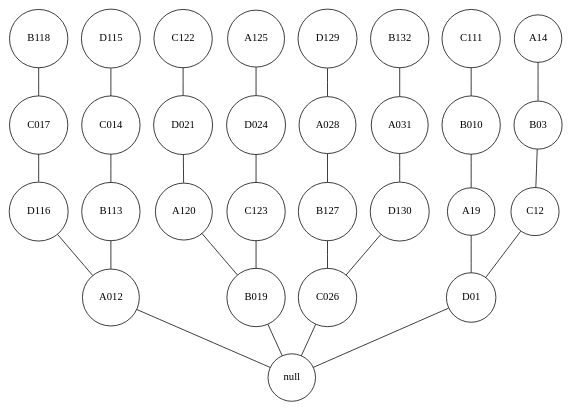
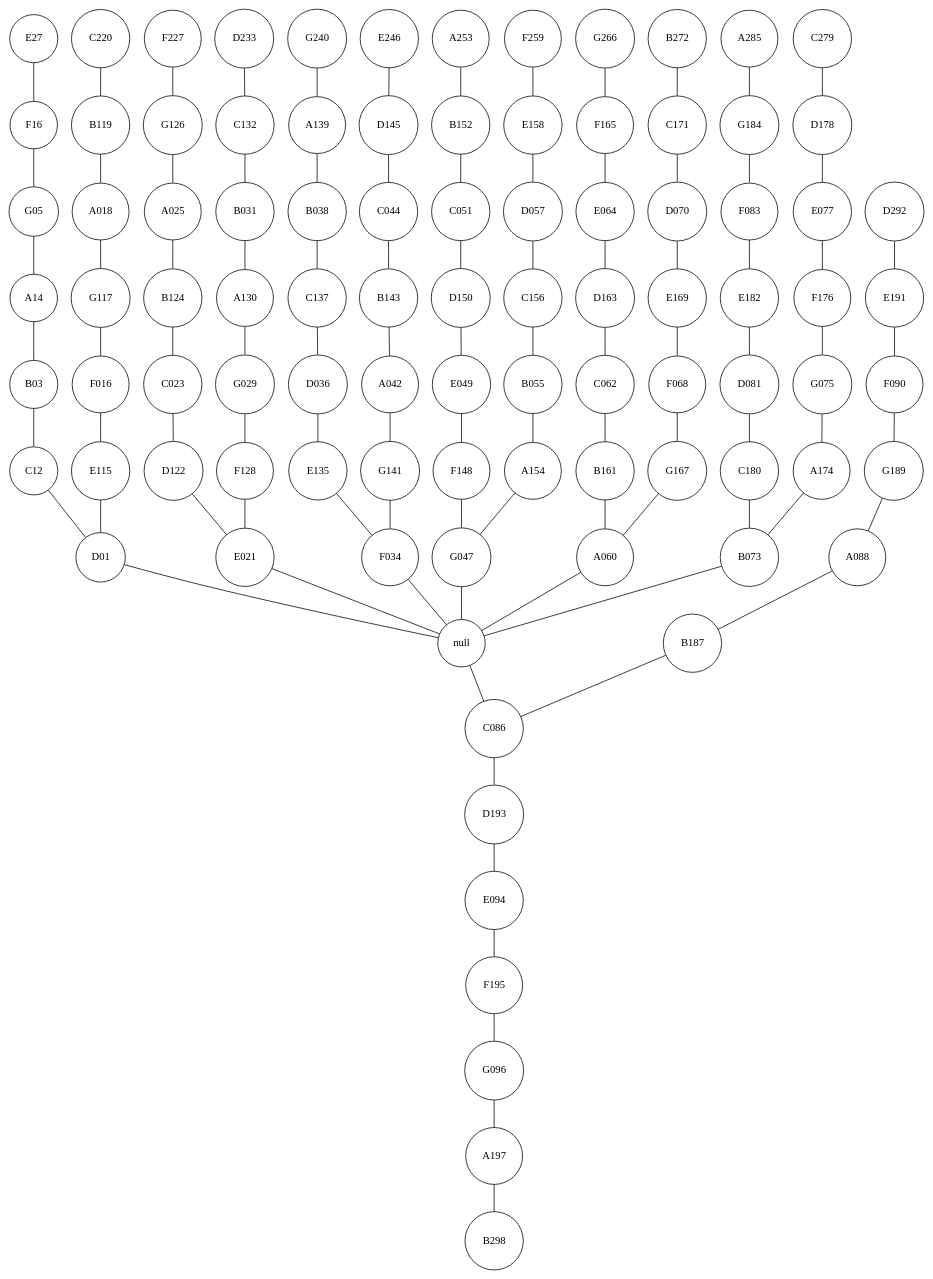
The diagram in tree.dot (zakoo20122/gceda), drawn with Graphviz before and after one commit. The commit also changed 4 other files, not shown here.

```diff
--- a/tree.dot
+++ b/tree.dot
@@ -1,31 +1,94 @@
 graph G { 
 graph [splines = true] node [height=0.4 shape=circle]
+A197 -- B298;
+null -- C086;
 B03 -- C12;
 A14 -- B03;
 D01 -- null;
 C12 -- D01;
-C111 -- B010;
-A012 -- null;
-A19 -- D01;
-B010 -- A19;
-D115 -- C014;
-D116 -- A012;
-B113 -- A012;
-C014 -- B113;
-A120 -- B019;
-B019 -- null;
-B118 -- C017;
-C017 -- D116;
-D024 -- C123;
-C123 -- B019;
-C122 -- D021;
-D021 -- A120;
-A028 -- B127;
-B127 -- C026;
-C026 -- null;
-A125 -- D024;
-B132 -- A031;
-A031 -- D130;
-D130 -- C026;
-D129 -- A028;
+E27 -- F16;
+G05 -- A14;
+F16 -- G05;
+E115 -- D01;
+F016 -- E115;
+C220 -- B119;
+B119 -- A018;
+A018 -- G117;
+G117 -- F016;
+B124 -- C023;
+C023 -- D122;
+D122 -- E021;
+E021 -- null;
+F128 -- E021;
+F227 -- G126;
+G126 -- A025;
+A025 -- B124;
+C132 -- B031;
+B031 -- A130;
+A130 -- G029;
+G029 -- F128;
+C137 -- D036;
+B038 -- C137;
+A139 -- B038;
+G240 -- A139;
+D233 -- C132;
+F034 -- null;
+E135 -- F034;
+D036 -- E135;
+D145 -- C044;
+E246 -- D145;
+G047 -- null;
+F148 -- G047;
+G141 -- F034;
+A042 -- G141;
+B143 -- A042;
+C044 -- B143;
+A154 -- G047;
+A253 -- B152;
+C156 -- B055;
+B055 -- A154;
+D150 -- E049;
+E049 -- F148;
+B152 -- C051;
+C051 -- D150;
+C062 -- B161;
+B161 -- A060;
+E064 -- D163;
+D163 -- C062;
+E158 -- D057;
+D057 -- C156;
+A060 -- null;
+F259 -- E158;
+C171 -- D070;
+B272 -- C171;
+E169 -- F068;
+D070 -- E169;
+G167 -- A060;
+F068 -- G167;
+F165 -- E064;
+G266 -- F165;
+C279 -- D178;
+C180 -- B073;
+E077 -- F176;
+D178 -- E077;
+G075 -- A174;
+F176 -- G075;
+B073 -- null;
+A174 -- B073;
+A088 -- B187;
+B187 -- C086;
+C086 -- D193;
+A285 -- G184;
+G184 -- F083;
+F083 -- E182;
+E182 -- D081;
+D081 -- C180;
+G096 -- A197;
+F195 -- G096;
+E094 -- F195;
+D193 -- E094;
+D292 -- E191;
+E191 -- F090;
+F090 -- G189;
+G189 -- A088;
 }
```
